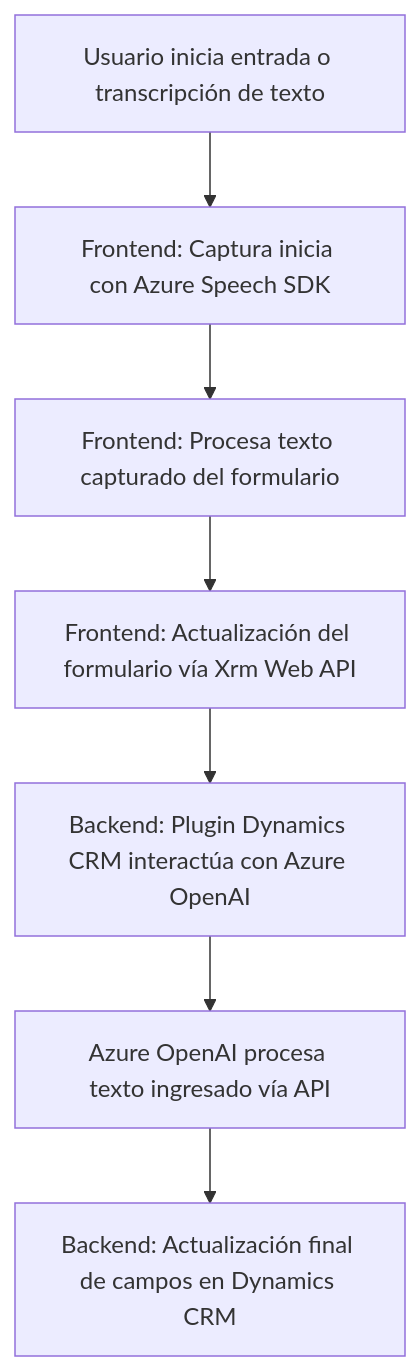
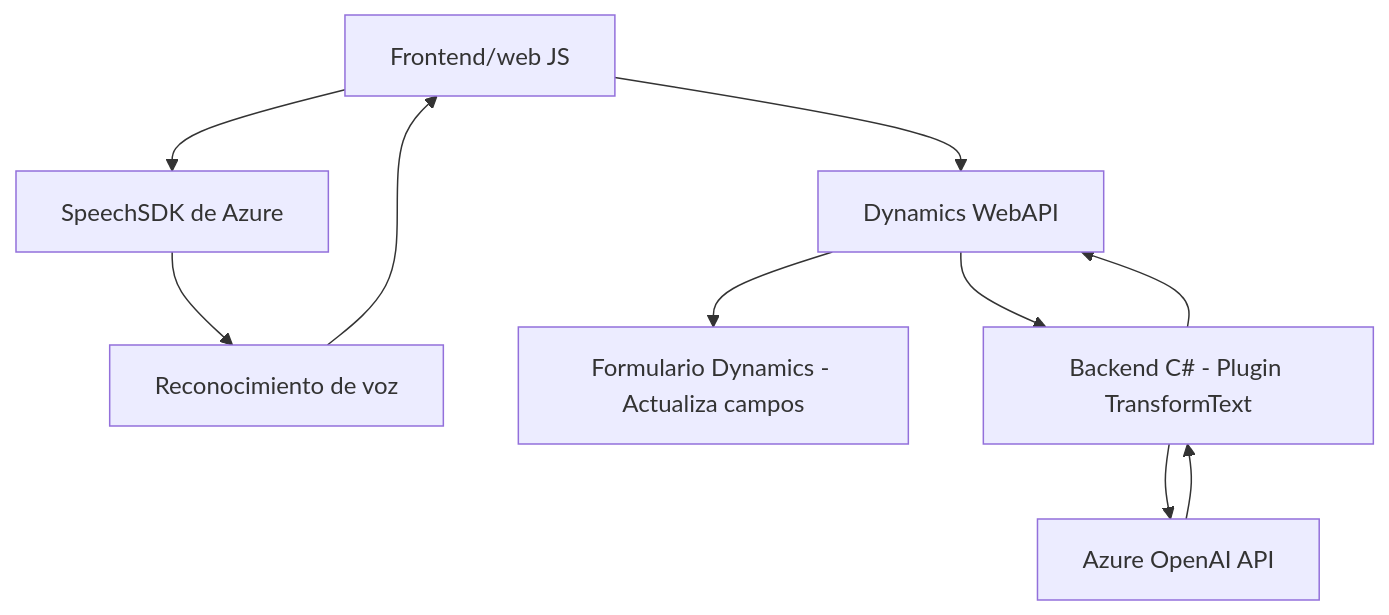
The diagram in README.md (blopezdm/NETCORE_BILBAO2025), drawn with Mermaid before and after one commit. The commit also changed other lines of this file, not shown here.

Commit message:
Actualizar análisis global de la solución con IA

````diff
--- a/README.md
+++ b/README.md
@@ -42,17 +45,12 @@
 ```mermaid
 graph TD
-    Start["Usuario inicia entrada o transcripción de texto"]
-    VoiceInput["Frontend: Captura inicia con Azure Speech SDK"]
-    TextData["Frontend: Procesa texto capturado del formulario"]
-    DynamicsUpdate["Frontend: Actualización del formulario vía Xrm Web API"]
-    APIProcess["Backend: Plugin Dynamics CRM interactúa con Azure OpenAI"]
-    AzureOpenAI["Azure OpenAI procesa texto ingresado vía API"]
-    CRMUpdate["Backend: Actualización final de campos en Dynamics CRM"]
-
-    Start --> VoiceInput
-    VoiceInput --> TextData
-    TextData --> DynamicsUpdate
-    DynamicsUpdate --> APIProcess
-    APIProcess --> AzureOpenAI
-    AzureOpenAI --> CRMUpdate
+  A["Frontend/web JS"] --> B["SpeechSDK de Azure"]
+  A --> C["Dynamics WebAPI"]
+  B --> D["Reconocimiento de voz"]
+  C --> E["Formulario Dynamics - Actualiza campos"]
+  C --> F["Backend C# - Plugin TransformText"]
+  F --> G["Azure OpenAI API"]
+  G --> F
+  F --> C
+  D --> A
 ```
````
